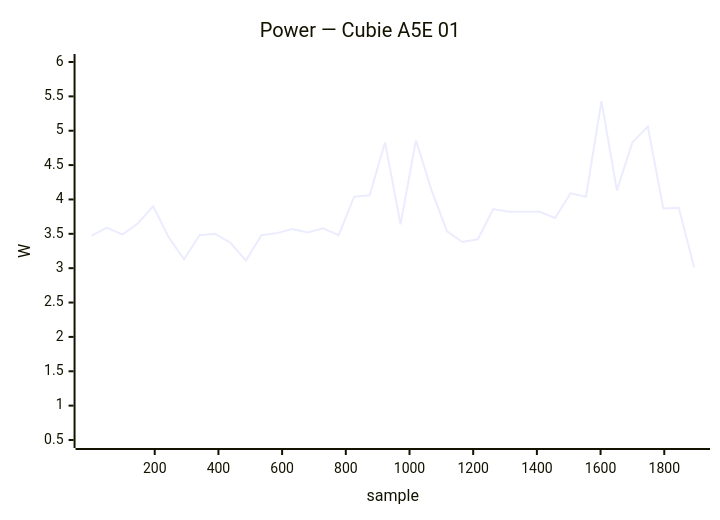
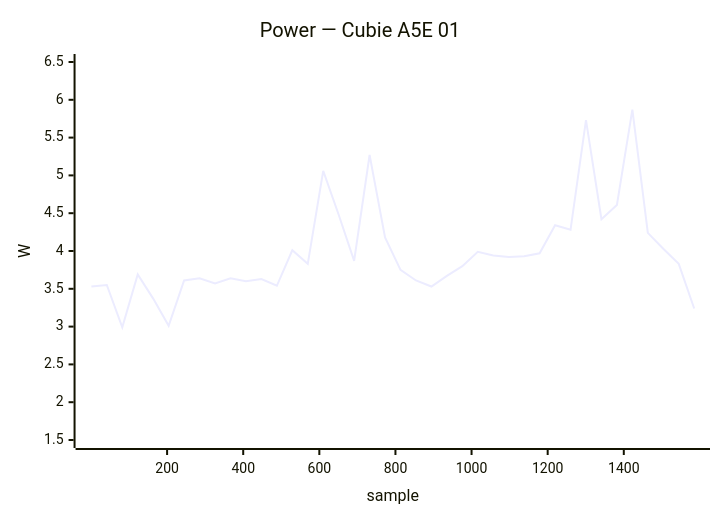
Before and after one commit to armbian/documentation: diagram 13 of 39 in docs/status/board-tests.md, drawn with Mermaid. The commit also changed other lines of this file, not shown here.

````diff
--- a/docs/status/board-tests.md
+++ b/docs/status/board-tests.md
@@ -583,7 +536,7 @@
 ```mermaid
 xychart-beta
     title "Power — Cubie A5E 01"
-    x-axis "sample" 1 --> 1894
-    y-axis "W" 0.5 --> 6.0
-    line [3.47, 3.59, 3.49, 3.65, 3.90, 3.45, 3.13, 3.48, 3.50, 3.37, 3.11, 3.48, 3.51, 3.57, 3.52, 3.58, 3.48, 4.04, 4.06, 4.83, 3.64, 4.86, 4.14, 3.54, 3.38, 3.42, 3.86, 3.82, 3.82, 3.82, 3.73, 4.09, 4.04, 5.43, 4.13, 4.83, 5.06, 3.87, 3.88, 3.01]
+    x-axis "sample" 1 --> 1585
+    y-axis "W" 1.5 --> 6.5
+    line [3.53, 3.55, 2.99, 3.69, 3.37, 3.01, 3.61, 3.64, 3.57, 3.64, 3.60, 3.63, 3.54, 4.01, 3.83, 5.06, 4.48, 3.87, 5.27, 4.18, 3.75, 3.61, 3.53, 3.67, 3.80, 3.99, 3.94, 3.92, 3.93, 3.97, 4.34, 4.28, 5.73, 4.42, 4.61, 5.87, 4.24, 4.03, 3.83, 3.24]
 ```
````
